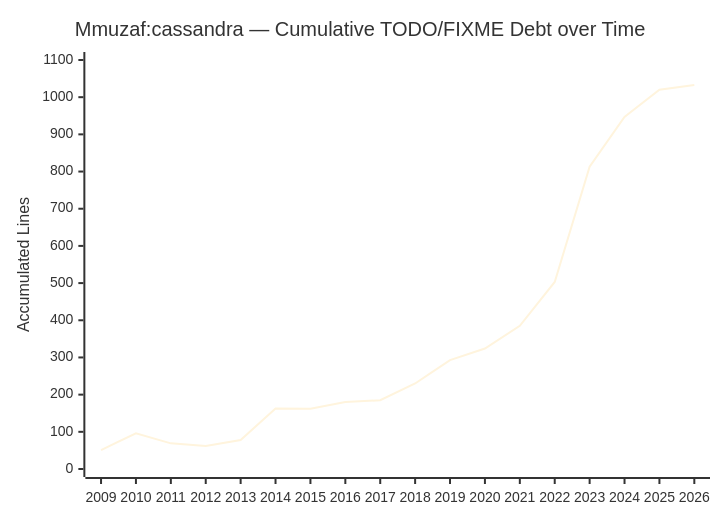
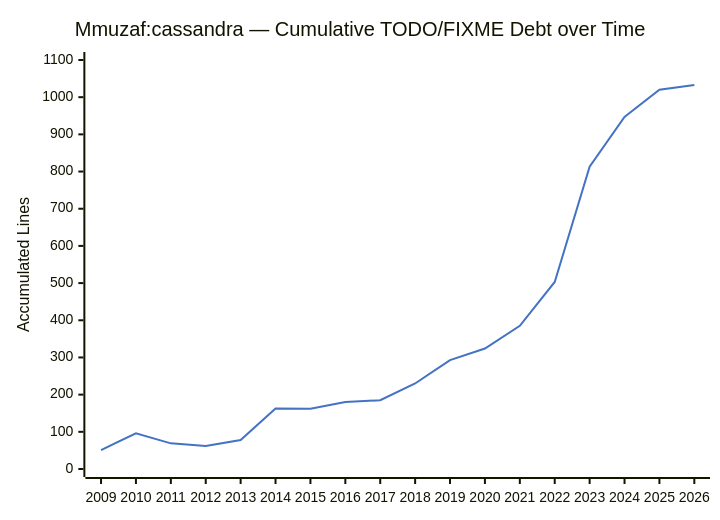
The fourth of 7 diagrams in todo_analysis.md (Mmuzaf/cassandra), drawn with Mermaid before and after one commit. The commit also changed other lines of this file, not shown here.

````diff
--- a/todo_analysis.md
+++ b/todo_analysis.md
@@ -47,8 +47,8 @@
 ```mermaid
-%%{init: {'theme': 'base', 'themeVariables': {'background': '#ffffff'}}}%%
+%%{init: {'theme': 'base', 'themeVariables': {'background': '#ffffff', 'xyChart': {'plotColorPalette': '#4472c4'}}}}%%
 xychart-beta
     title "Mmuzaf:cassandra — Cumulative TODO/FIXME Debt over Time"
     x-axis [2009, 2010, 2011, 2012, 2013, 2014, 2015, 2016, 2017, 2018, 2019, 2020, 2021, 2022, 2023, 2024, 2025, 2026]
     y-axis "Accumulated Lines" 0 --> 1100
     line [51, 96, 69, 62, 78, 163, 162, 180, 185, 230, 293, 324, 385, 503, 813, 947, 1020, 1033]
 ```
````
